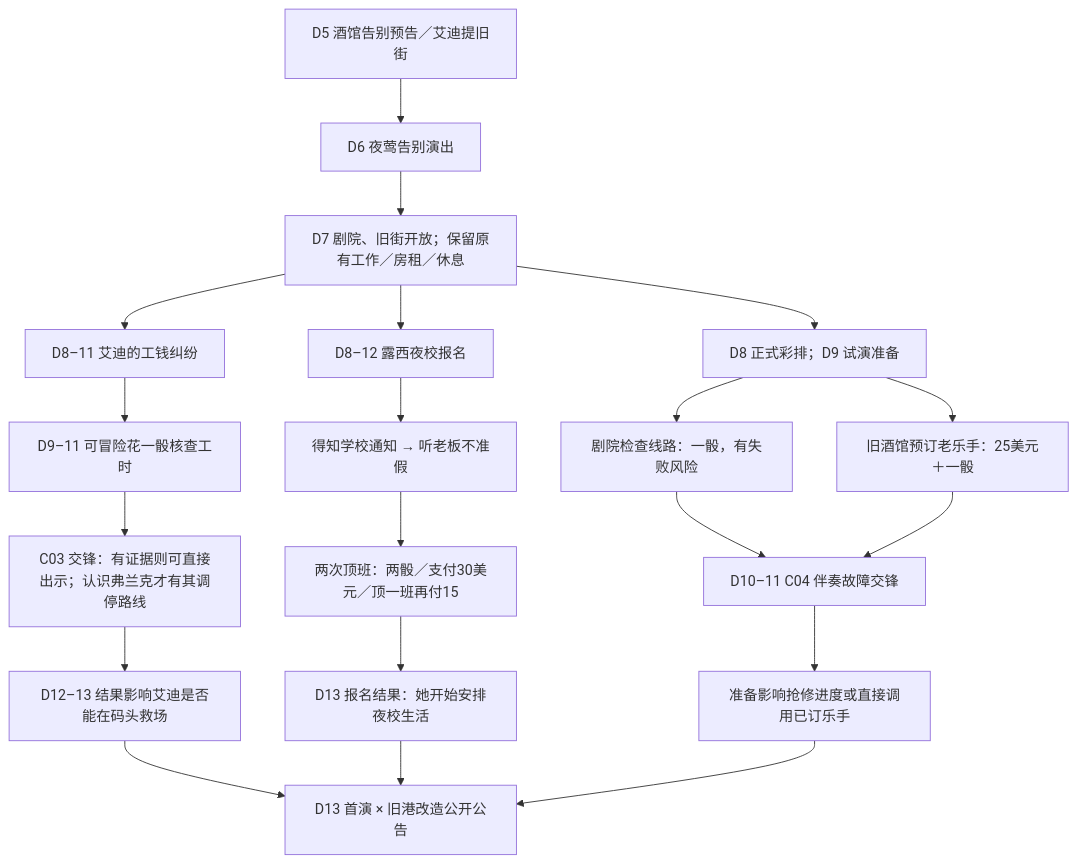
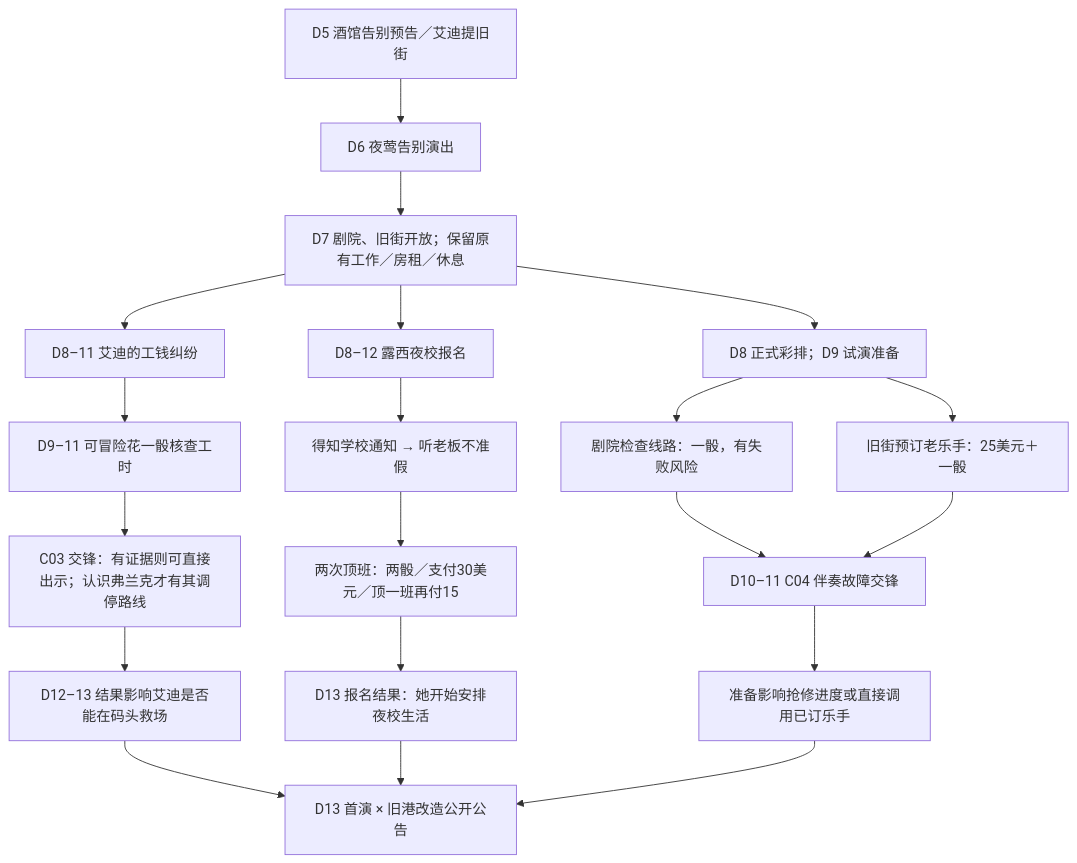
One commit to guopanqi/ssnoir changed the diagram in docs/对白整理/第二幕_结构内容图.md. Above: the diagram before and after it, drawn with Mermaid. The commit also changed other lines of this file, not shown here.

Commit message:
同步试演乐手准备的实际旧街地点

````diff
--- a/docs/对白整理/第二幕_结构内容图.md
+++ b/docs/对白整理/第二幕_结构内容图.md
@@ -5,22 +5,22 @@
 ```mermaid
 flowchart TD
     A["D5 酒馆告别预告／艾迪提旧街"] --> B["D6 夜莺告别演出"]
     B --> C["D7 剧院、旧街开放；保留原有工作／房租／休息"]
     C --> L1["D8–12 露西夜校报名"]
     C --> E1["D8–11 艾迪的工钱纠纷"]
     C --> N1["D8 正式彩排；D9 试演准备"]
     L1 --> L2["得知学校通知 → 听老板不准假"]
     L2 --> L3["两次顶班：两骰／支付30美元／顶一班再付15"]
     L3 --> L4["D13 报名结果：她开始安排夜校生活"]
     E1 --> E2["D9–11 可冒险花一骰核查工时"]
     E2 --> E3["C03 交锋：有证据则可直接出示；认识弗兰克才有其调停路线"]
     E3 --> E4["D12–13 结果影响艾迪是否能在码头救场"]
     N1 --> N2["剧院检查线路：一骰，有失败风险"]
-    N1 --> N3["旧酒馆预订老乐手：25美元＋一骰"]
+    N1 --> N3["旧街预订老乐手：25美元＋一骰"]
     N2 --> N4["D10–11 C04 伴奏故障交锋"]
     N3 --> N4
     N4 --> N5["准备影响抢修进度或直接调用已订乐手"]
     E4 --> Z["D13 首演 × 旧港改造公开公告"]
     L4 --> Z
     N5 --> Z
 ```
````
